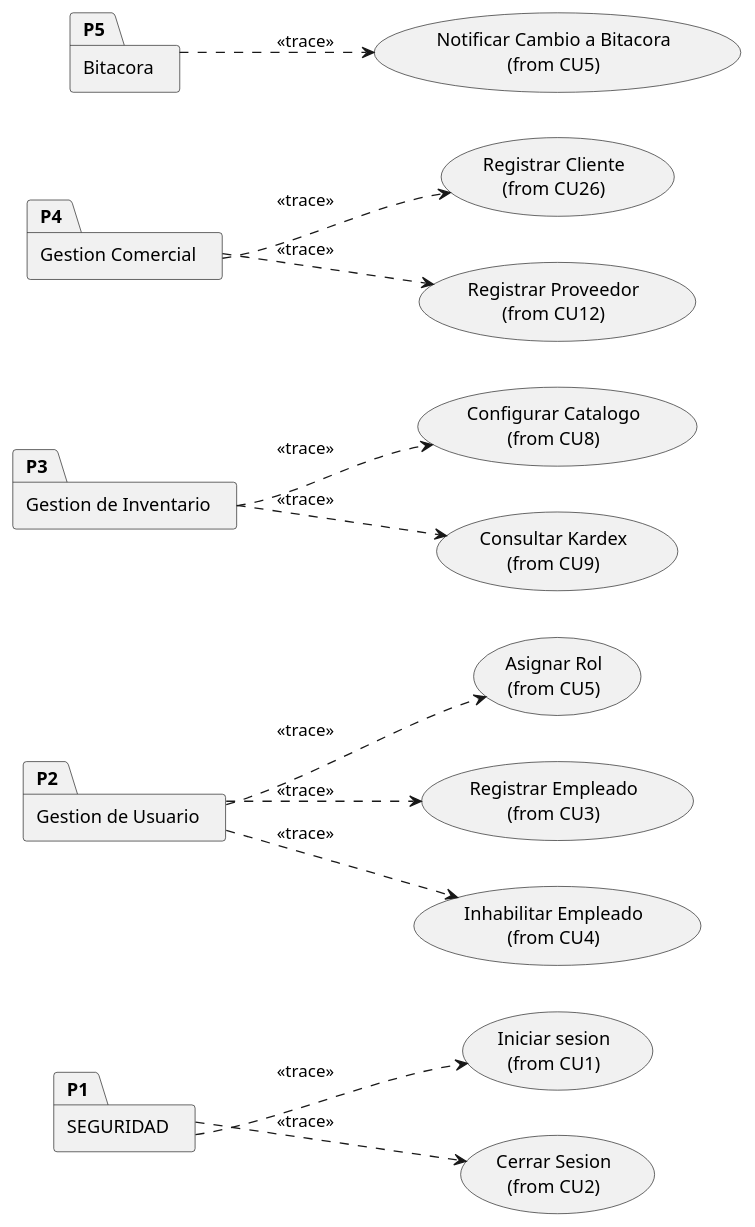
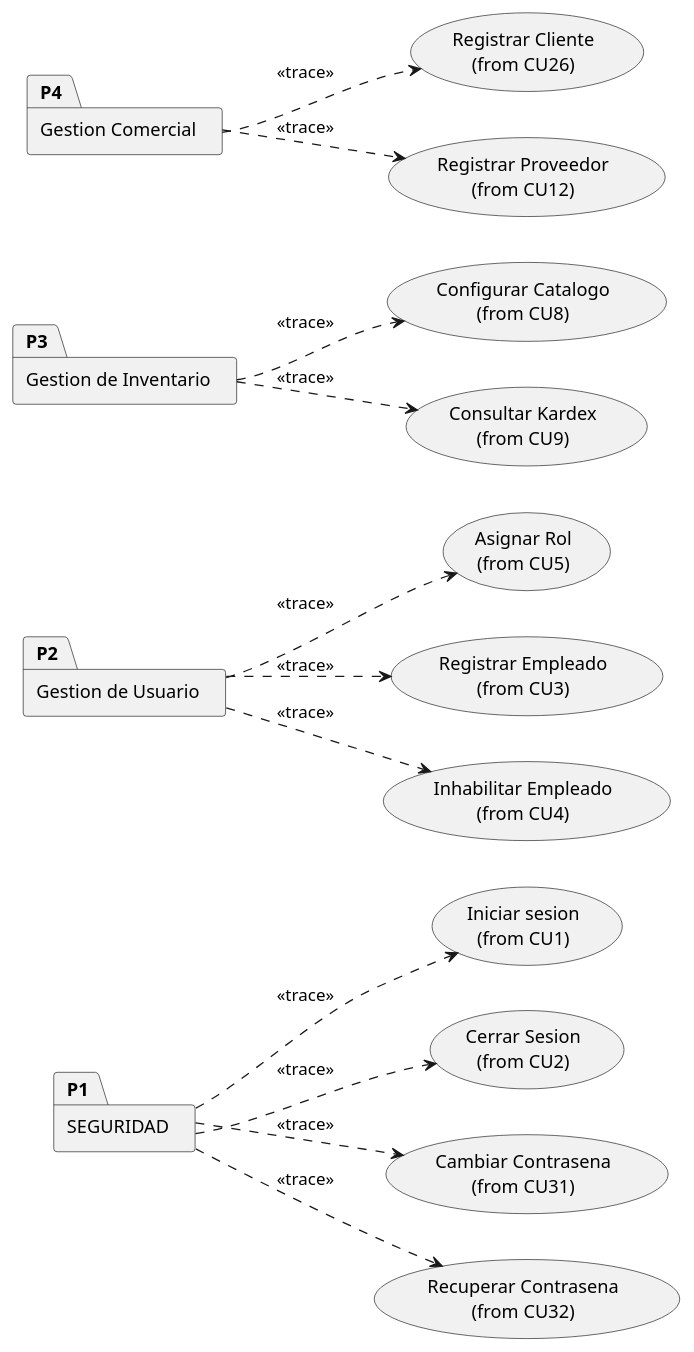
Diagram 19 of 42 in PROYECTO-MAIN/oficial/OFICIAL.md (INGvainilla/grulacOFICIAL), drawn with PlantUML before and after one commit. The commit also changed other lines of this file and 17 other files, not shown here.

````diff
--- a/PROYECTO-MAIN/oficial/OFICIAL.md
+++ b/PROYECTO-MAIN/oficial/OFICIAL.md
@@ -2183,38 +2293,38 @@
 ```plantuml
 @startuml Paquetes_CU
 left to right direction
 skinparam packageStyle folder
 skinparam backgroundColor transparent
 
 package "SEGURIDAD" as P1
 usecase "Iniciar sesion\n(from CU1)" as CU1
 usecase "Cerrar Sesion\n(from CU2)" as CU2
+usecase "Cambiar Contrasena\n(from CU31)" as CU31
+usecase "Recuperar Contrasena\n(from CU32)" as CU32
 P1 ..> CU1 : <<trace>>
 P1 ..> CU2 : <<trace>>
+P1 ..> CU31 : <<trace>>
+P1 ..> CU32 : <<trace>>
 
 package "Gestion de Usuario" as P2
 usecase "Asignar Rol\n(from CU5)" as CU5
 usecase "Registrar Empleado\n(from CU3)" as CU3
 usecase "Inhabilitar Empleado\n(from CU4)" as CU4
 P2 ..> CU5 : <<trace>>
 P2 ..> CU3 : <<trace>>
 P2 ..> CU4 : <<trace>>
 
 package "Gestion de Inventario" as P3
 usecase "Configurar Catalogo\n(from CU8)" as CU8
 usecase "Consultar Kardex\n(from CU9)" as CU9
 P3 ..> CU8 : <<trace>>
 P3 ..> CU9 : <<trace>>
 
 package "Gestion Comercial" as P4
 usecase "Registrar Cliente\n(from CU26)" as CU26
 usecase "Registrar Proveedor\n(from CU12)" as CU12
 P4 ..> CU26 : <<trace>>
 P4 ..> CU12 : <<trace>>
 
-package "Bitacora" as P5
-usecase "Notificar Cambio a Bitacora\n(from CU5)" as CU5B
-P5 ..> CU5B : <<trace>>
-
 @enduml
 ```
````
